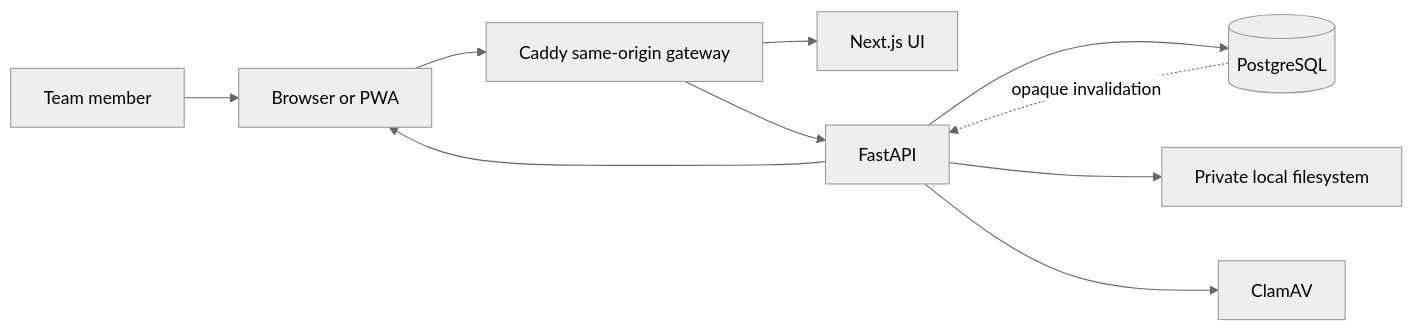
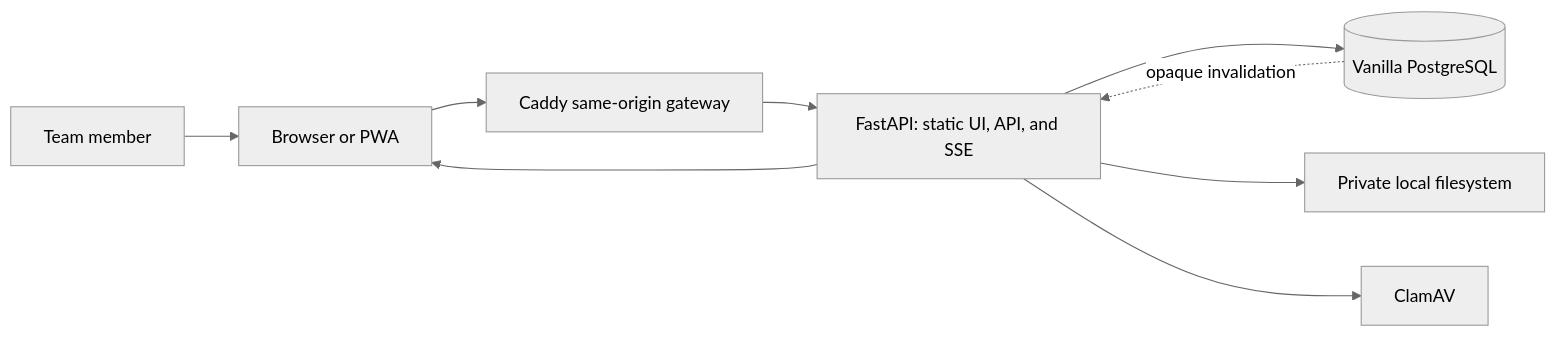
One commit to jayeuse/openslate changed the diagram in docs/architecture/02-system-context.md. Above: the diagram before and after it, drawn with Mermaid (neutral theme). The commit also changed other lines of this file and 22 other files, not shown here.

Commit message:
docs: describe the FastAPI-only deployment

````diff
--- a/docs/architecture/02-system-context.md
+++ b/docs/architecture/02-system-context.md
@@ -5,12 +5,11 @@
 ```mermaid
 flowchart LR
   User[Team member] --> Browser[Browser or PWA]
   Browser --> Gateway[Caddy same-origin gateway]
-  Gateway --> Web[Next.js UI]
-  Gateway --> API[FastAPI]
-  API --> DB[(PostgreSQL)]
+  Gateway --> API[FastAPI: static UI, API, and SSE]
+  API --> DB[(Vanilla PostgreSQL)]
   API --> Files[Private local filesystem]
   API --> Scanner[ClamAV]
   DB -. opaque invalidation .-> API
   API --> Browser
 ```
````
